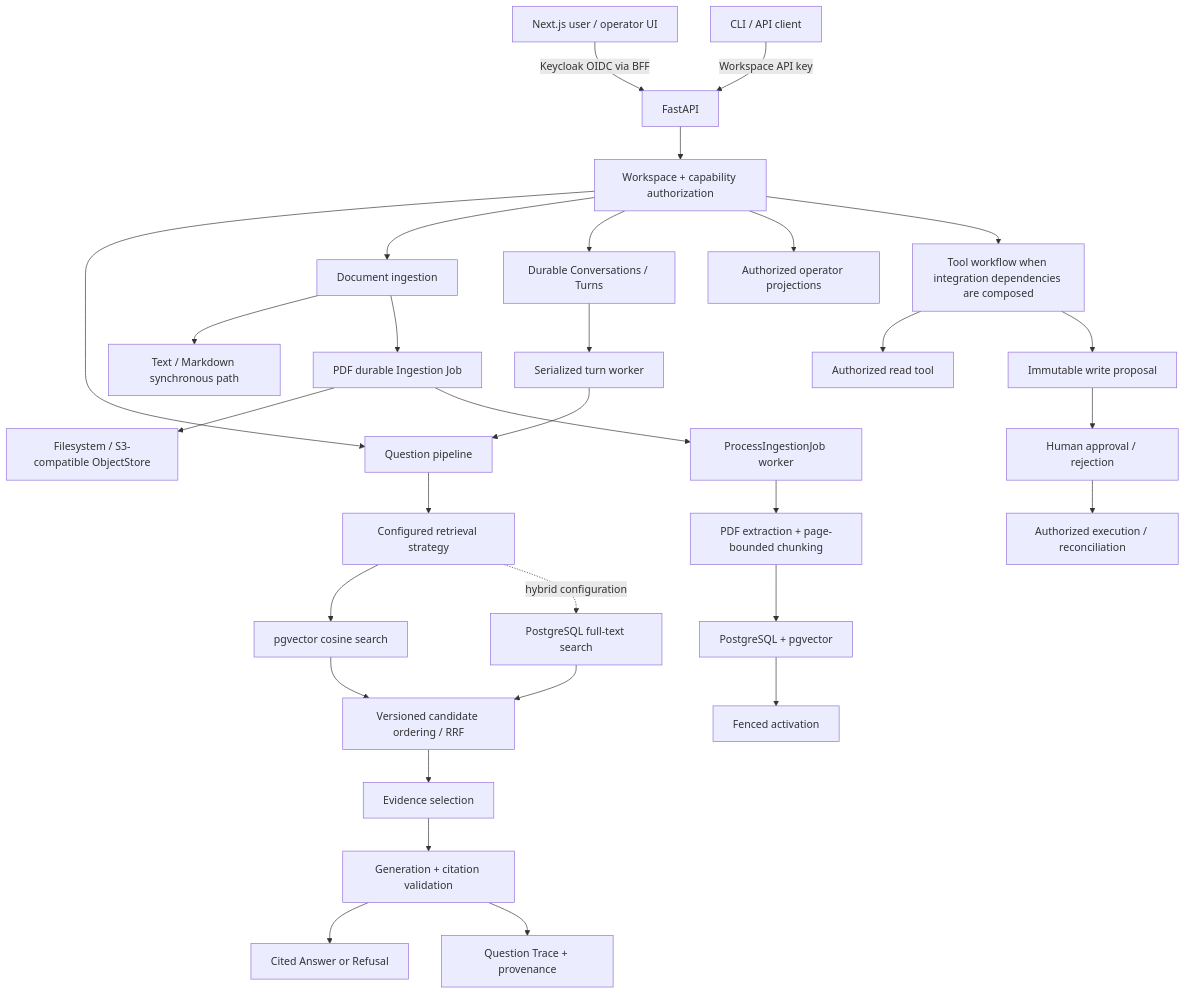
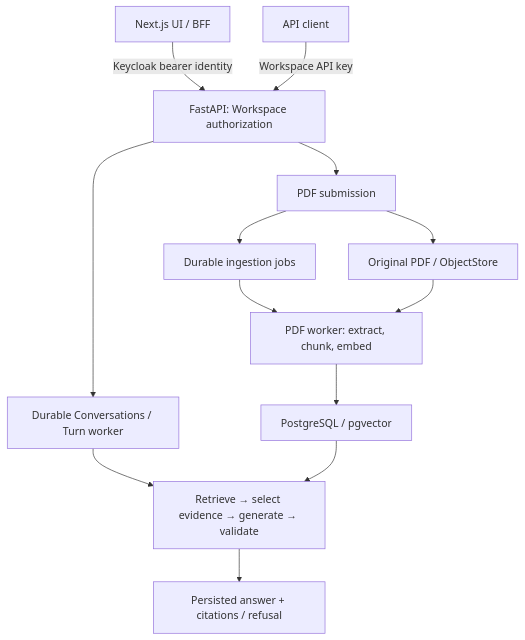
Before and after one commit to NhiBuaa/knora-agent: the diagram in README.md, drawn with Mermaid. The commit also changed other lines of this file and 8 other files, not shown here.

First line of the commit message:
docs: show verified Knora workflow and engineering evidence (#185) (#187)

````diff
--- a/README.md
+++ b/README.md
@@ -108,43 +102,15 @@
 ```mermaid
 flowchart TB
-    Browser["Next.js user / operator UI"]
-    Client["CLI / API client"]
-    API["FastAPI"]
-
-    Browser -->|"Keycloak OIDC via BFF"| API
-    Client -->|"Workspace API key"| API
-
-    API --> Auth["Workspace + capability authorization"]
-
-    Auth --> Question["Question pipeline"]
-    Question --> Retrieval["Configured retrieval strategy"]
-    Retrieval --> Vector["pgvector cosine search"]
-    Retrieval -. "hybrid configuration" .-> FTS["PostgreSQL full-text search"]
-    Vector --> Ordering["Versioned candidate ordering / RRF"]
-    FTS --> Ordering
-    Ordering --> Evidence["Evidence selection"]
-    Evidence --> Generation["Generation + citation validation"]
-    Generation --> Answer["Cited Answer or Refusal"]
-    Generation --> Trace["Question Trace + provenance"]
-
-    Auth --> Ingestion["Document ingestion"]
-    Ingestion --> Text["Text / Markdown synchronous path"]
-    Ingestion --> Job["PDF durable Ingestion Job"]
-    Job --> Objects["Filesystem / S3-compatible ObjectStore"]
-    Job --> Worker["ProcessIngestionJob worker"]
-    Worker --> Extract["PDF extraction + page-bounded chunking"]
-    Extract --> Store["PostgreSQL + pgvector"]
-    Store --> Activation["Fenced activation"]
-
-    Auth --> Conversation["Durable Conversations / Turns"]
-    Conversation --> ConversationWorker["Serialized turn worker"]
-    ConversationWorker --> Question
-
-    Auth --> Operator["Authorized operator projections"]
-
-    Auth --> Tools["Tool workflow when integration dependencies are composed"]
-    Tools --> Read["Authorized read tool"]
-    Tools --> Proposal["Immutable write proposal"]
-    Proposal --> Approval["Human approval / rejection"]
-    Approval --> Execution["Authorized execution / reconciliation"]
+    Browser["Next.js UI / BFF"] -->|"Keycloak bearer identity"| API["FastAPI: Workspace authorization"]
+    Client["API client"] -->|"Workspace API key"| API
+    API --> Upload["PDF submission"]
+    Upload --> Objects["Original PDF / ObjectStore"]
+    Upload --> Jobs["Durable ingestion jobs"]
+    Jobs --> Worker["PDF worker: extract, chunk, embed"]
+    Objects --> Worker
+    Worker --> DB["PostgreSQL / pgvector"]
+    API --> Turns["Durable Conversations / Turn worker"]
+    Turns --> Answer["Retrieve → select evidence → generate → validate"]
+    DB --> Answer
+    Answer --> Result["Persisted answer + citations / refusal"]
 ```
````
